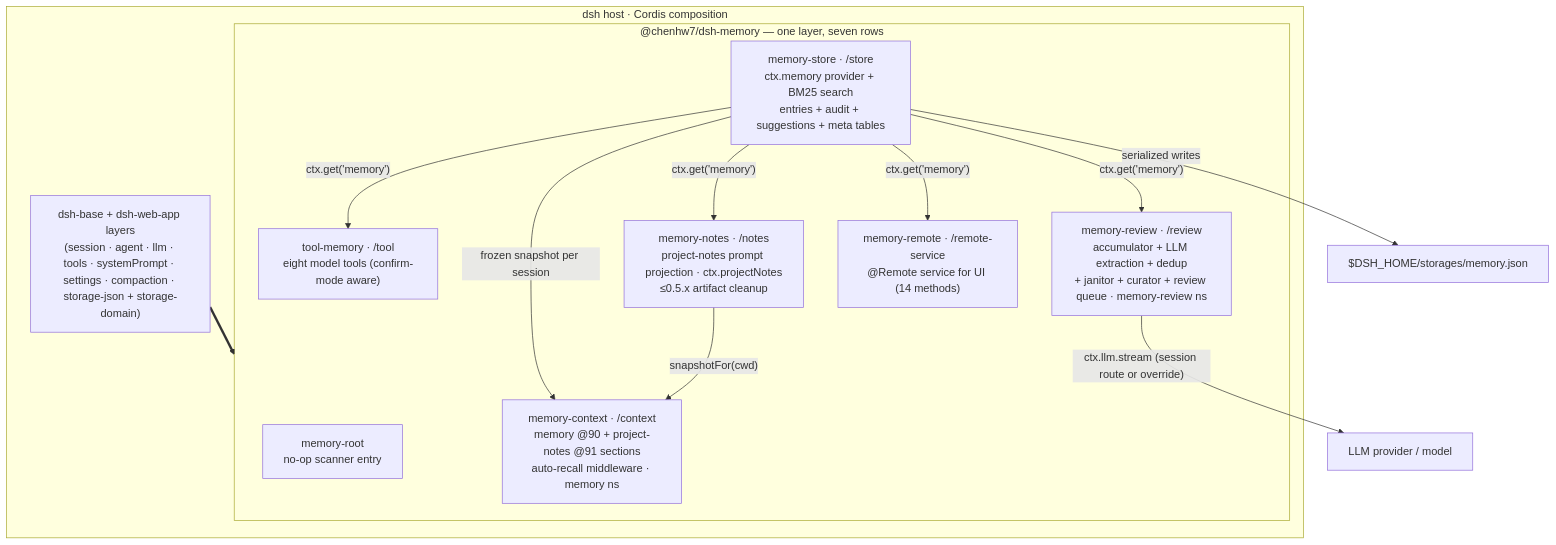
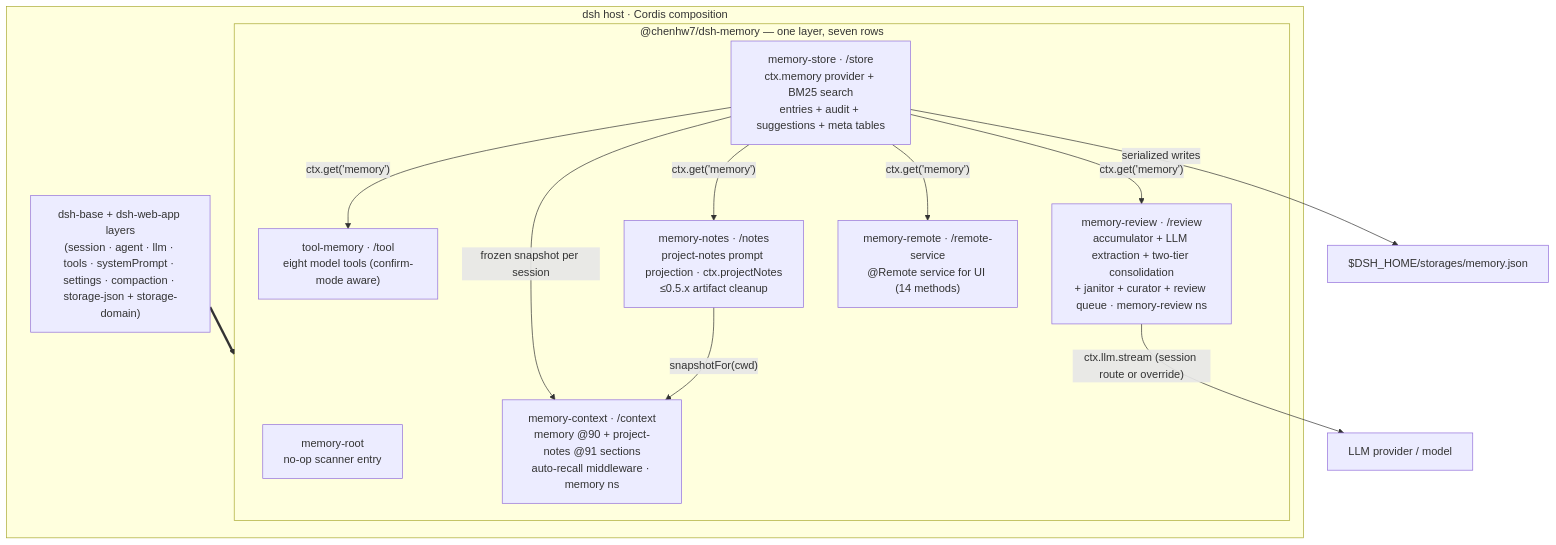
The first of 3 diagrams in docs/TECH_DESIGN.md (chenhw7/dsh-memory), drawn with Mermaid before and after one commit. The commit also changed other lines of this file and 15 other files, not shown here.

````diff
--- a/docs/TECH_DESIGN.md
+++ b/docs/TECH_DESIGN.md
@@ -102,24 +102,24 @@
 ```mermaid
 flowchart TB
   subgraph host["dsh host · Cordis composition"]
     base["dsh-base + dsh-web-app layers<br/>(session · agent · llm · tools · systemPrompt · settings · compaction · storage-json + storage-domain)"]
     subgraph bundle["@chenhw7/dsh-memory — one layer, seven rows"]
       root["memory-root<br/>no-op scanner entry"]
       store["memory-store · /store<br/>ctx.memory provider + BM25 search<br/>entries + audit + suggestions + meta tables"]
       tool["tool-memory · /tool<br/>eight model tools (confirm-mode aware)"]
-      review["memory-review · /review<br/>accumulator + LLM extraction + dedup<br/>+ janitor + curator + review queue · memory-review ns"]
+      review["memory-review · /review<br/>accumulator + LLM extraction + two-tier consolidation<br/>+ janitor + curator + review queue · memory-review ns"]
       notes["memory-notes · /notes<br/>project-notes prompt projection · ctx.projectNotes<br/>≤0.5.x artifact cleanup"]
       context["memory-context · /context<br/>memory @90 + project-notes @91 sections<br/>auto-recall middleware · memory ns"]
       remote["memory-remote · /remote-service<br/>@Remote service for UI (14 methods)"]
     end
   end
   base ==> bundle
   store -- "ctx.get('memory')" --> tool
   store -- "ctx.get('memory')" --> review
   store -- "frozen snapshot per session" --> context
   store -- "ctx.get('memory')" --> notes
   store -- "ctx.get('memory')" --> remote
   review -- "ctx.llm.stream (session route or override)" --> llm["LLM provider / model"]
   notes -- "snapshotFor(cwd)" --> context
   store -- "serialized writes" --> json["$DSH_HOME/storages/memory.json"]
 ```
````
